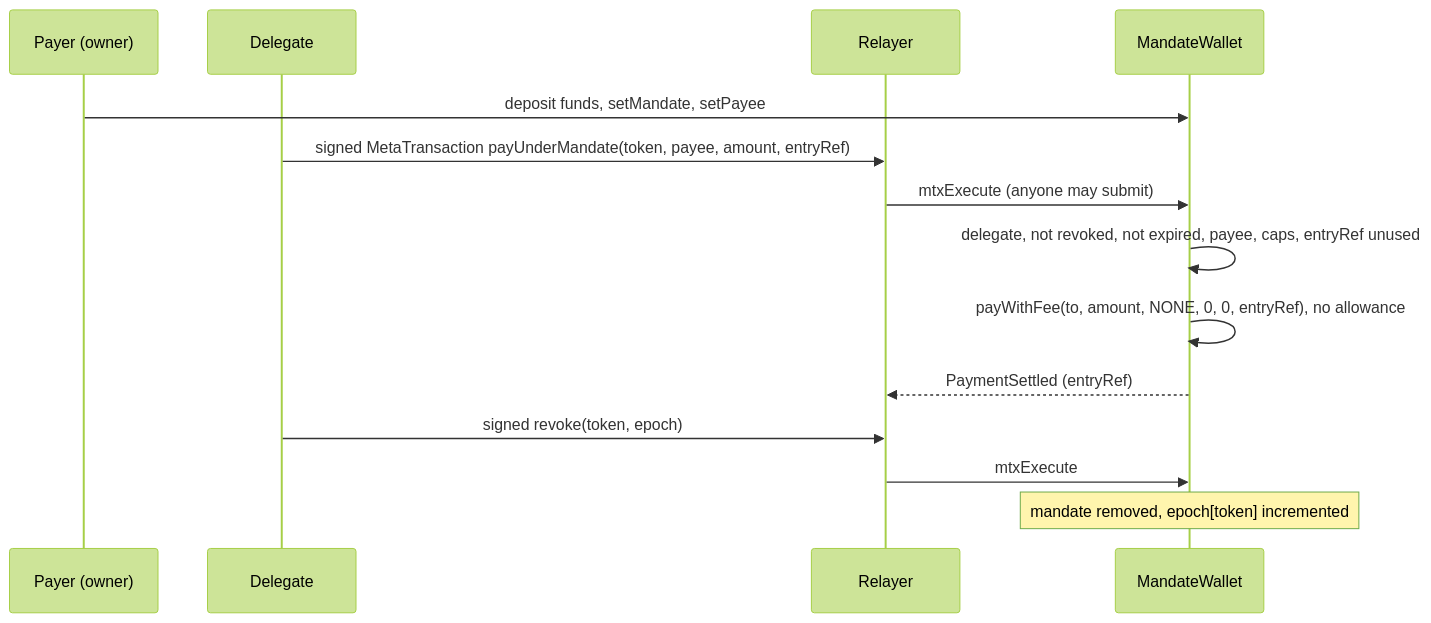
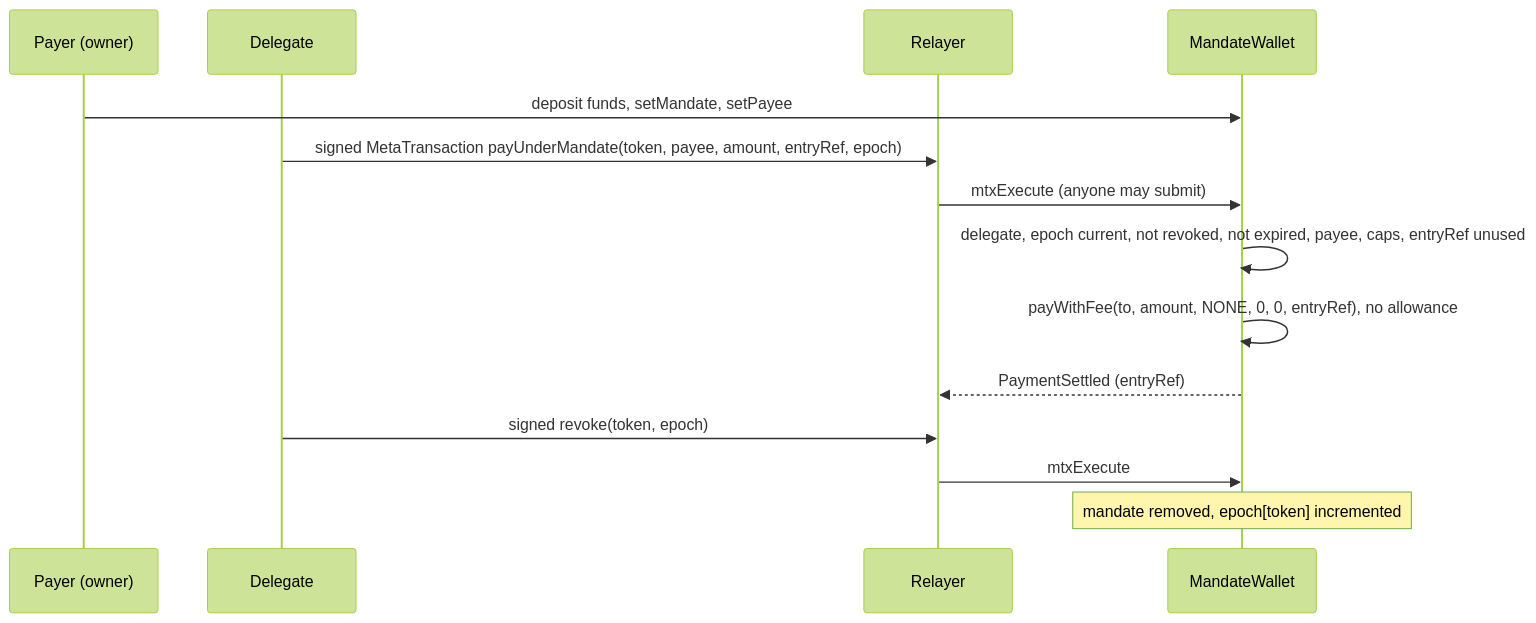
Before and after one commit to dinhduongha/scaas: the diagram in docs/contracts/mandates.md, drawn with Mermaid (forest theme). The commit also changed other lines of this file and 15 other files, not shown here.

````diff
--- a/docs/contracts/mandates.md
+++ b/docs/contracts/mandates.md
@@ -53,16 +51,16 @@
 ```mermaid
 sequenceDiagram
     participant O as Payer (owner)
     participant D as Delegate
     participant R as Relayer
     participant W as MandateWallet
     O->>W: deposit funds, setMandate, setPayee
-    D->>R: signed MetaTransaction payUnderMandate(token, payee, amount, entryRef)
+    D->>R: signed MetaTransaction payUnderMandate(token, payee, amount, entryRef, epoch)
     R->>W: mtxExecute (anyone may submit)
-    W->>W: delegate, not revoked, not expired, payee, caps, entryRef unused
+    W->>W: delegate, epoch current, not revoked, not expired, payee, caps, entryRef unused
     W->>W: payWithFee(to, amount, NONE, 0, 0, entryRef), no allowance
     W-->>R: PaymentSettled (entryRef)
     D->>R: signed revoke(token, epoch)
     R->>W: mtxExecute
     Note over W: mandate removed, epoch[token] incremented
 ```
````
